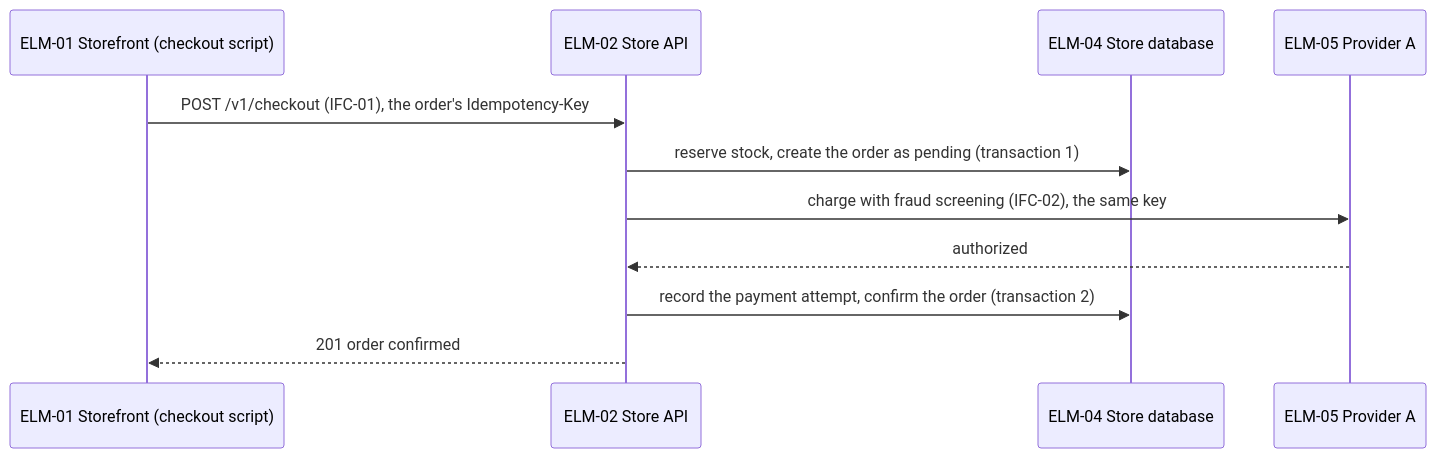
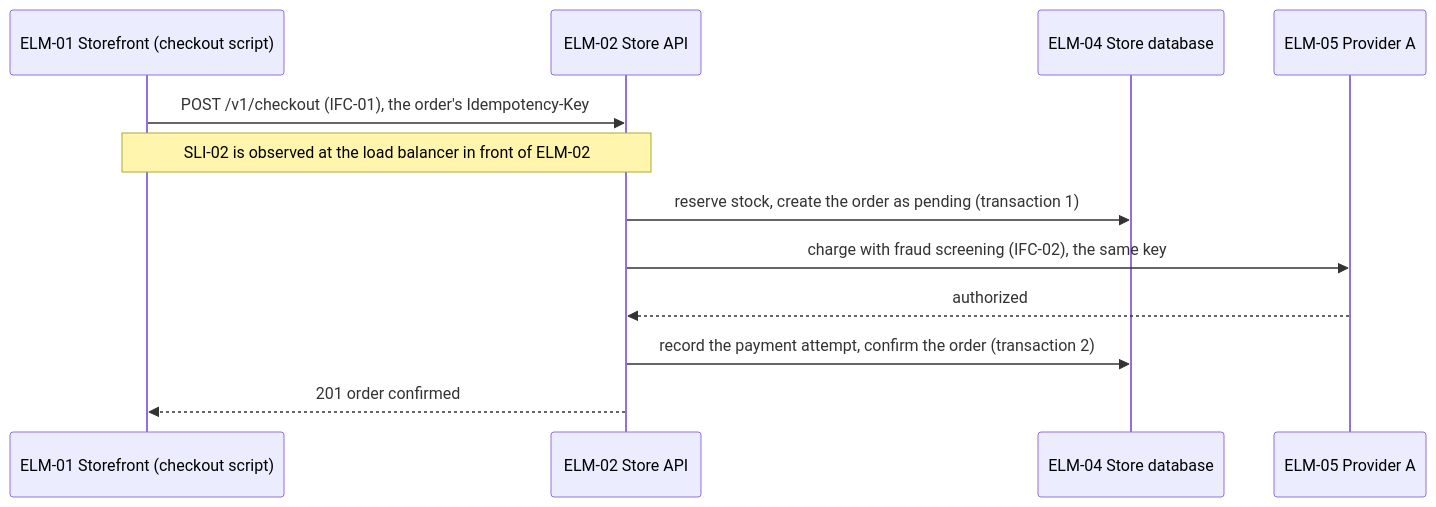
The first of 2 diagrams in skills/architecture-to-high-level-design/references/flows-and-budgets.md (Taro000/req-to-design), drawn with Mermaid before and after one commit. The commit also changed other lines of this file and 40 other files, not shown here.

````diff
--- a/skills/architecture-to-high-level-design/references/flows-and-budgets.md
+++ b/skills/architecture-to-high-level-design/references/flows-and-budgets.md
@@ -15,13 +15,14 @@
 ```mermaid
 sequenceDiagram
   participant SF as ELM-01 Storefront (checkout script)
   participant API as ELM-02 Store API
   participant DB as ELM-04 Store database
   participant PA as ELM-05 Provider A
   SF->>API: POST /v1/checkout (IFC-01), the order's Idempotency-Key
+  Note over SF,API: SLI-02 is observed at the load balancer in front of ELM-02
   API->>DB: reserve stock, create the order as pending (transaction 1)
   API->>PA: charge with fraud screening (IFC-02), the same key
   PA-->>API: authorized
   API->>DB: record the payment attempt, confirm the order (transaction 2)
   API-->>SF: 201 order confirmed
 ```
````
